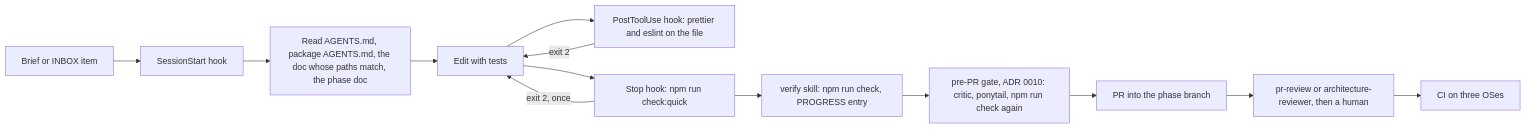
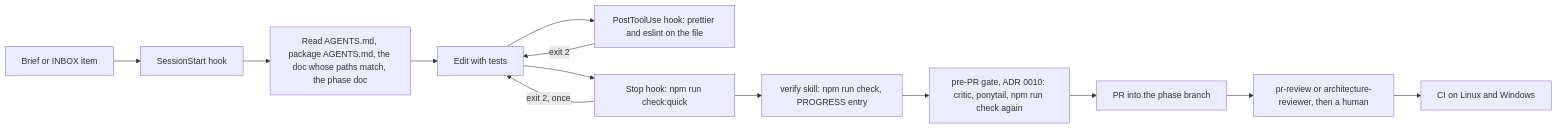
One commit to SamarjitBhogal/eternalus changed the diagram in docs/architecture/16-agentic-harness.md. Above: the diagram before and after it, drawn with Mermaid. The commit also changed other lines of this file and 15 other files, not shown here.

````diff
--- a/docs/architecture/16-agentic-harness.md
+++ b/docs/architecture/16-agentic-harness.md
@@ -47,15 +47,15 @@
 ```mermaid
 flowchart LR
   A[Brief or INBOX item] --> B[SessionStart hook]
   B --> C[Read AGENTS.md, package AGENTS.md, the doc whose paths match, the phase doc]
   C --> D[Edit with tests]
   D --> E[PostToolUse hook: prettier and eslint on the file]
   E -->|exit 2| D
   D --> F[Stop hook: npm run check:quick]
   F -->|exit 2, once| D
   F --> G[verify skill: npm run check, PROGRESS entry]
   G --> G2[pre-PR gate, ADR 0010: critic, ponytail, npm run check again]
   G2 --> H[PR into the phase branch]
   H --> I[pr-review or architecture-reviewer, then a human]
-  I --> J[CI on three OSes]
+  I --> J[CI on Linux and Windows]
 ```
````
